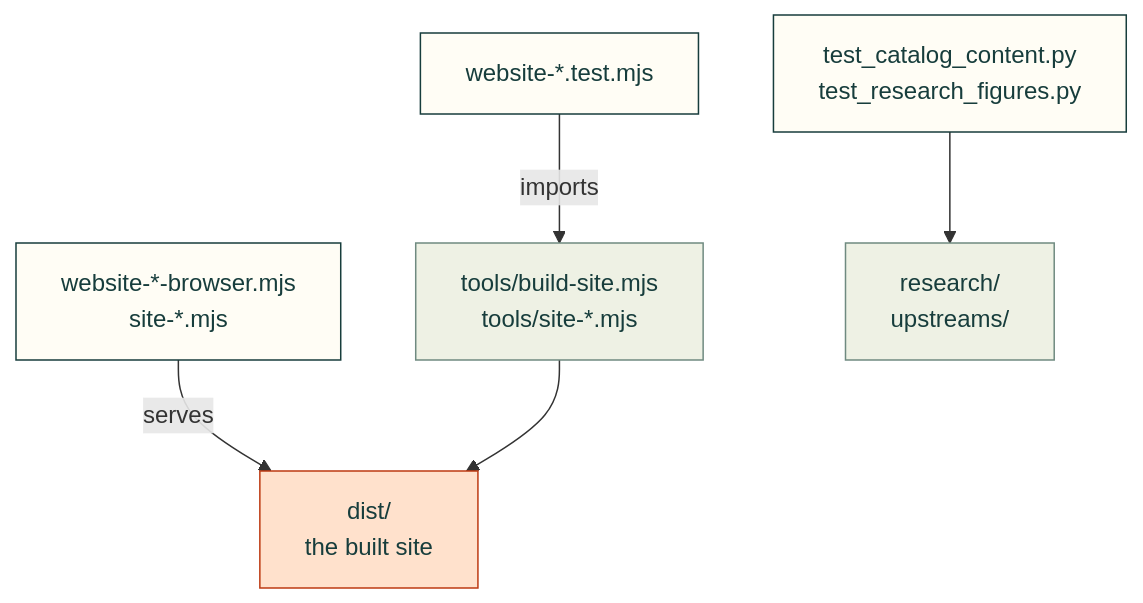
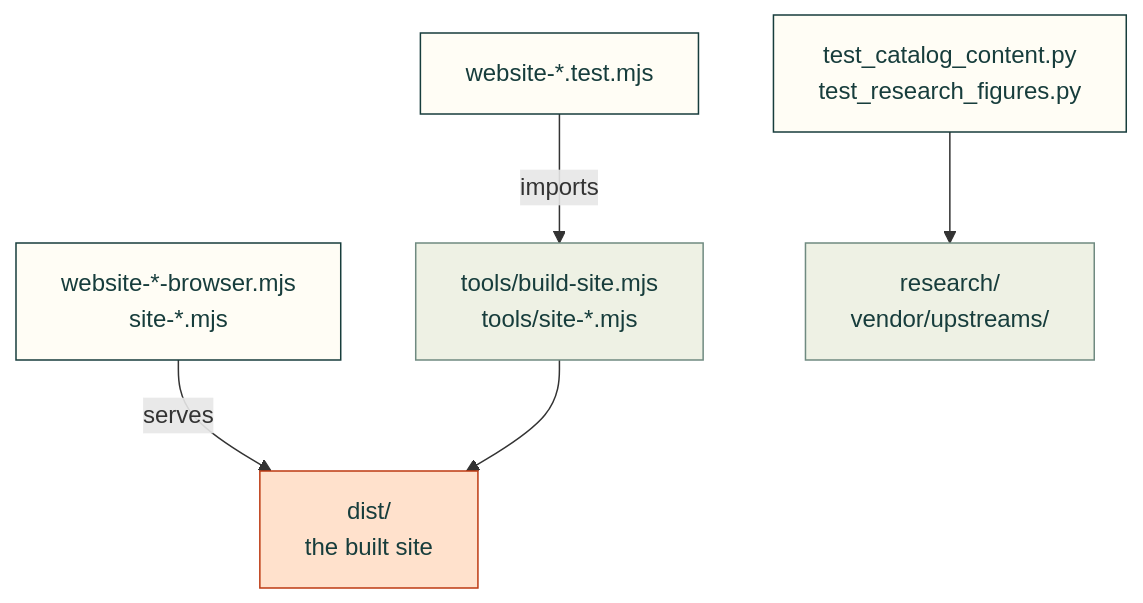
Before and after one commit to Valpatel/cad-agent: the diagram in tests/site/README.md, drawn with Mermaid. The commit also changed 28 other files, not shown here.

````diff
--- a/tests/site/README.md
+++ b/tests/site/README.md
@@ -9,13 +9,13 @@
 ```mermaid
 flowchart TD
     U["website-*.test.mjs"] -->|"imports"| T["tools/build-site.mjs<br/>tools/site-*.mjs"]
     B["website-*-browser.mjs<br/>site-*.mjs"] -->|"serves"| D["dist/<br/>the built site"]
     T --> D
-    P["test_catalog_content.py<br/>test_research_figures.py"] --> R["research/<br/>upstreams/"]
+    P["test_catalog_content.py<br/>test_research_figures.py"] --> R["research/<br/>vendor/upstreams/"]
     classDef here fill:#fffdf5,stroke:#173d3c,color:#173d3c
     classDef near fill:#eef1e4,stroke:#6f8a80,color:#173d3c
     classDef out fill:#ffe1cc,stroke:#bd3a12,color:#173d3c
     class U,B,P here
     class T,R near
     class D out
 ```
````
